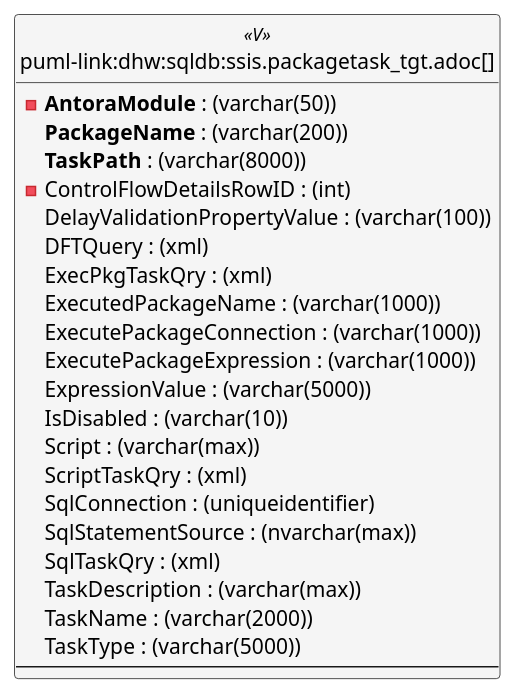
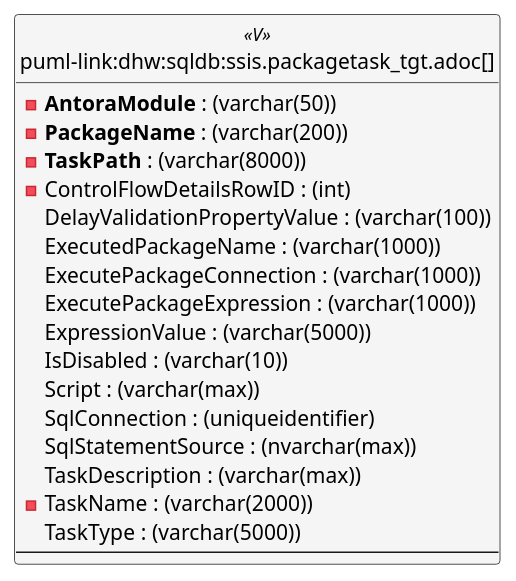
The first of 6 diagrams in docs/modules/sqldb/partials/content/ssis.packagetask_tgt.adoc (DataHandwerk/dhw-antora-sqldb), drawn with PlantUML before and after one commit. The commit also changed other lines of this file and 641 other files, not shown here.

```diff
--- a/docs/modules/sqldb/partials/content/ssis.packagetask_tgt.adoc
+++ b/docs/modules/sqldb/partials/content/ssis.packagetask_tgt.adoc
@@ -902,53 +902,49 @@
 [plantuml, entity-{docname}, svg, subs=macros]
 ....
 'Left to right direction
 top to bottom direction
 hide circle
 'avoide "." issues:
 set namespaceSeparator none
 
 
 skinparam class {
   BackgroundColor White
   BackgroundColor<<FN>> Yellow
   BackgroundColor<<FS>> Yellow
   BackgroundColor<<FT>> LightGray
   BackgroundColor<<IF>> Yellow
   BackgroundColor<<IS>> Yellow
   BackgroundColor<<P>>  Aqua
   BackgroundColor<<PC>> Aqua
   BackgroundColor<<SN>> Yellow
   BackgroundColor<<SO>> SlateBlue
   BackgroundColor<<TF>> LightGray
   BackgroundColor<<TR>> Tomato
   BackgroundColor<<U>>  White
   BackgroundColor<<V>>  WhiteSmoke
   BackgroundColor<<X>>  Aqua
   BackgroundColor<<external>> AliceBlue
 }
 
 
 entity "puml-link:dhw:sqldb:ssis.packagetask_tgt.adoc[]" as ssis.PackageTask_tgt << V >> {
   - **AntoraModule** : (varchar(50))
-  **PackageName** : (varchar(200))
-  **TaskPath** : (varchar(8000))
+  - **PackageName** : (varchar(200))
+  - **TaskPath** : (varchar(8000))
   - ControlFlowDetailsRowID : (int)
   DelayValidationPropertyValue : (varchar(100))
-  DFTQuery : (xml)
-  ExecPkgTaskQry : (xml)
   ExecutedPackageName : (varchar(1000))
   ExecutePackageConnection : (varchar(1000))
   ExecutePackageExpression : (varchar(1000))
   ExpressionValue : (varchar(5000))
   IsDisabled : (varchar(10))
   Script : (varchar(max))
-  ScriptTaskQry : (xml)
   SqlConnection : (uniqueidentifier)
   SqlStatementSource : (nvarchar(max))
-  SqlTaskQry : (xml)
   TaskDescription : (varchar(max))
-  TaskName : (varchar(2000))
+  - TaskName : (varchar(2000))
   TaskType : (varchar(5000))
   --
 }
 ....
```
